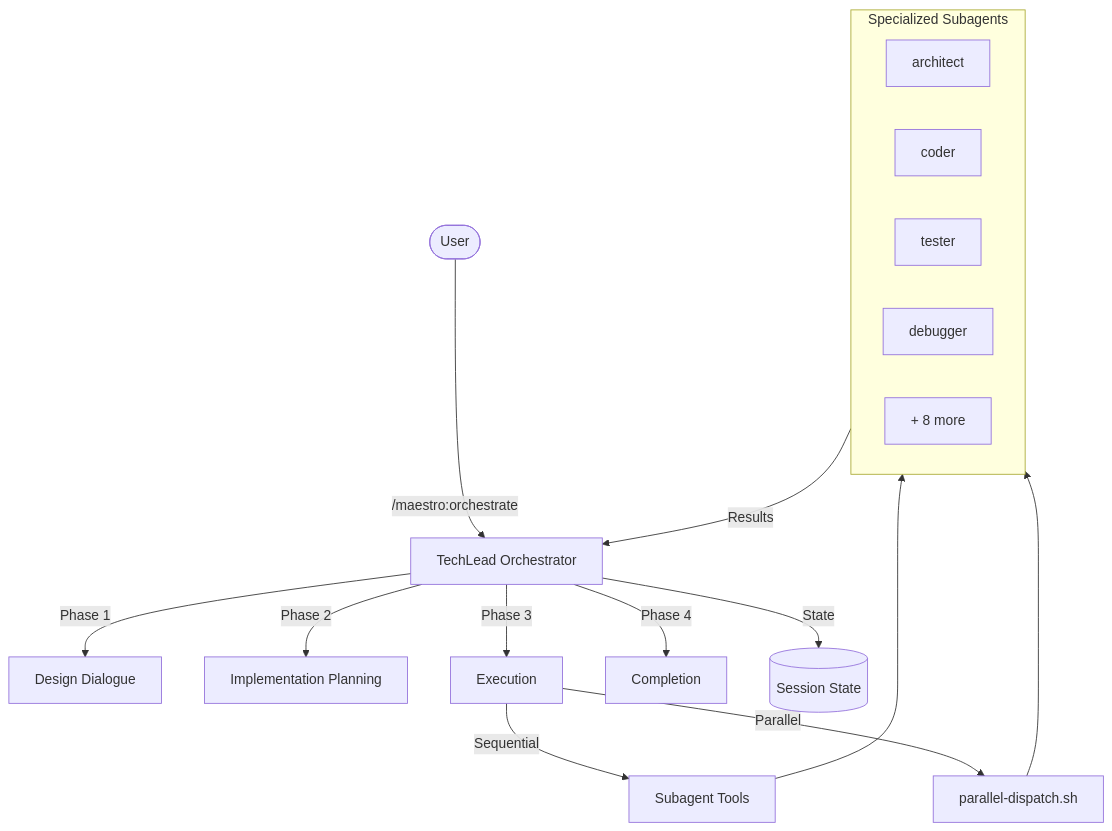
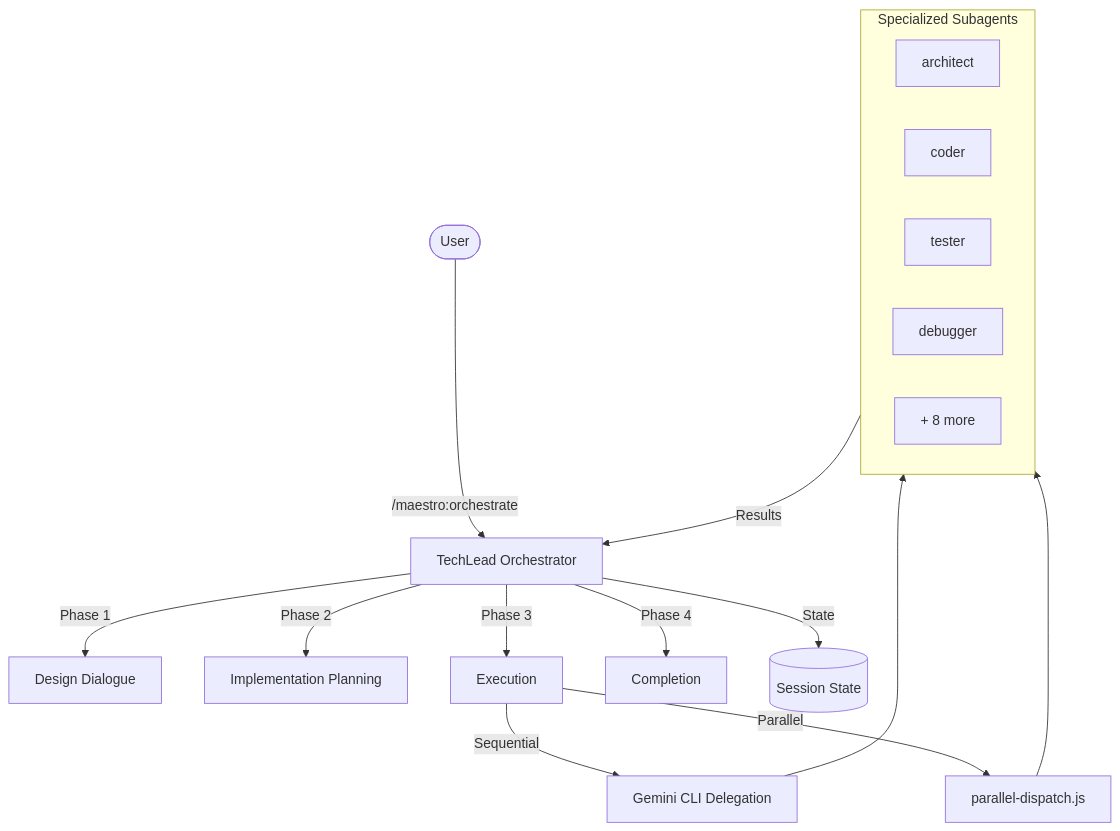
The diagram in README.md (akio0406/maestro-gemini), drawn with Mermaid before and after one commit. The commit also changed other lines of this file and 123 other files, not shown here.

````diff
--- a/README.md
+++ b/README.md
@@ -295,27 +297,27 @@
 ```mermaid
 graph TB
     User([User]) -->|/maestro:orchestrate| TL[TechLead Orchestrator]
 
     TL -->|Phase 1| DD[Design Dialogue]
     TL -->|Phase 2| IP[Implementation Planning]
     TL -->|Phase 3| EX[Execution]
     TL -->|Phase 4| CO[Completion]
 
-    EX -->|Sequential| DA[Subagent Tools]
-    EX -->|Parallel| PD[parallel-dispatch.sh]
+    EX -->|Sequential| DA[Gemini CLI Delegation]
+    EX -->|Parallel| PD[parallel-dispatch.js]
 
     DA --> Agents
     PD --> Agents
 
     subgraph Agents [Specialized Subagents]
         direction LR
         A1[architect]
         A2[coder]
         A3[tester]
         A4[debugger]
         A5[+ 8 more]
     end
 
     Agents -->|Results| TL
     TL -->|State| SS[(Session State)]
 ```
````
